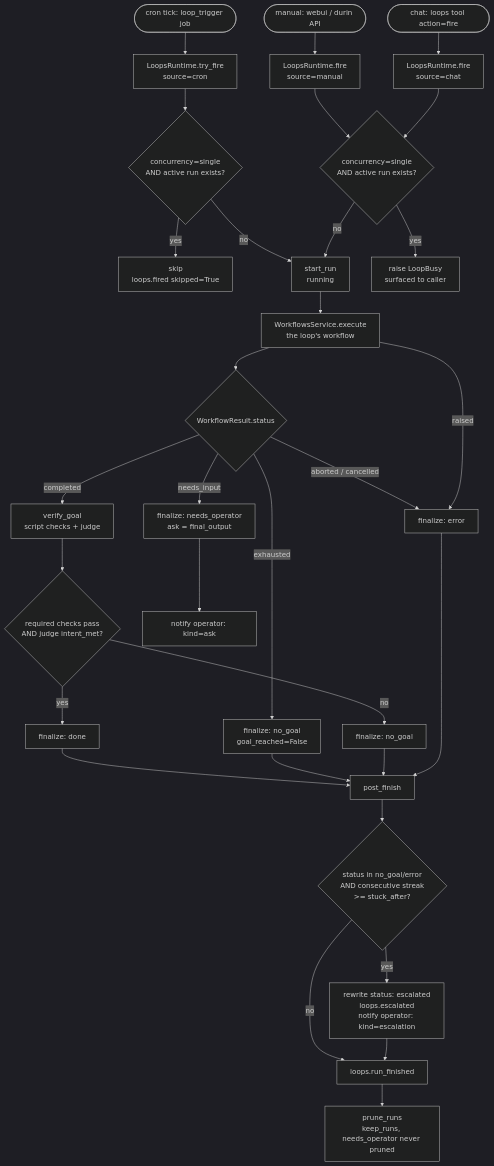
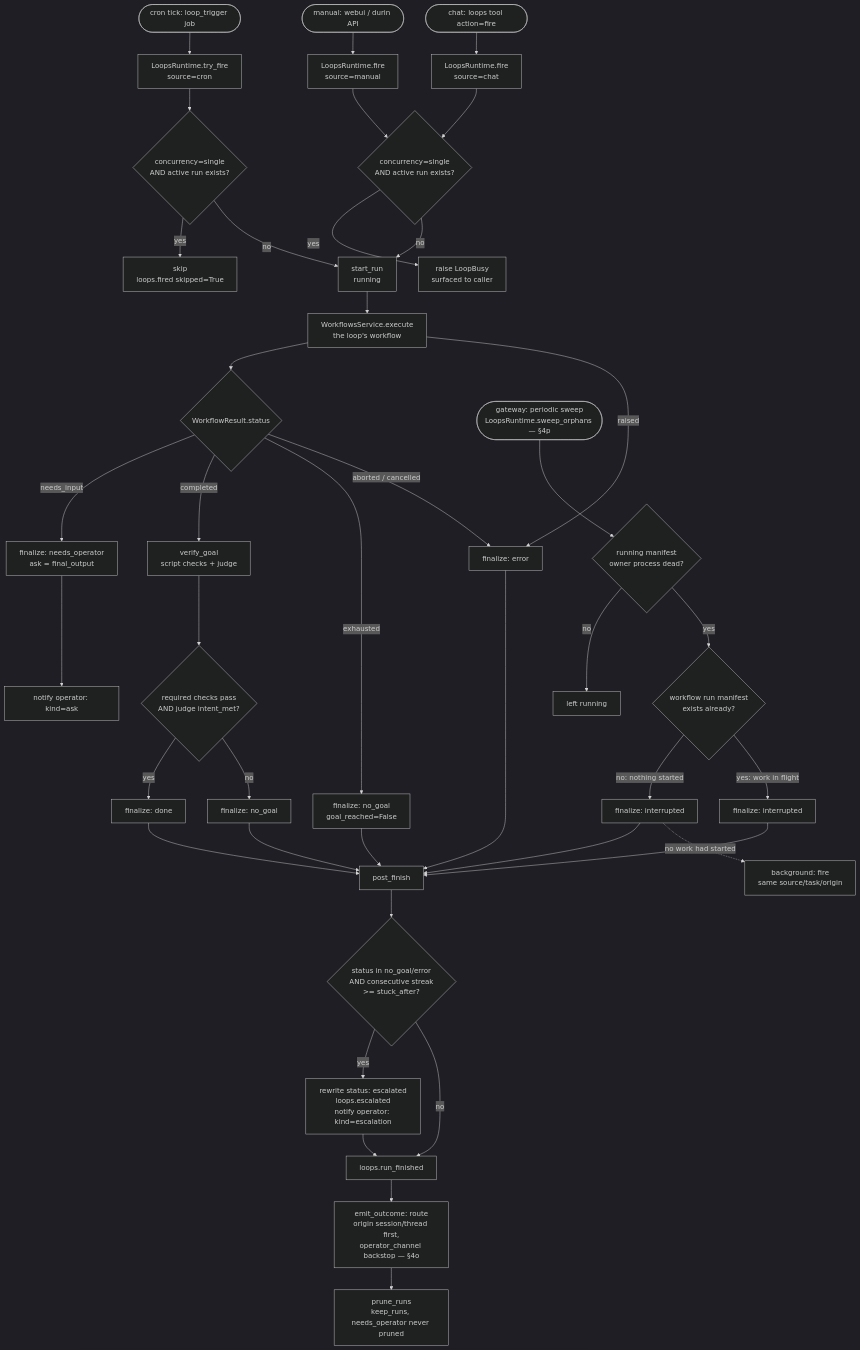
The diagram in docs/internals/loops.md (mmarmol/durin), drawn with Mermaid (dark theme) before and after one commit. The commit also changed other lines of this file and 2 other files, not shown here.

First line of the commit message:
docs(loops): document outcome routing and interrupted runs

````diff
--- a/docs/internals/loops.md
+++ b/docs/internals/loops.md
@@ -56,38 +63,48 @@
 ```mermaid
 flowchart TD
     T1([cron tick: loop_trigger job]) --> TRY[LoopsRuntime.try_fire\nsource=cron]
     T2([manual: webui / durin API]) --> FIRE[LoopsRuntime.fire\nsource=manual]
     T3([chat: loops tool action=fire]) --> FIRE2[LoopsRuntime.fire\nsource=chat]
 
     TRY --> CONC{concurrency=single\nAND active run exists?}
     CONC -->|yes| SKIP[skip\nloops.fired skipped=True]
     CONC -->|no| RUN[start_run\nrunning]
     FIRE --> CONC2{concurrency=single\nAND active run exists?}
     CONC2 -->|yes| BUSY[raise LoopBusy\nsurfaced to caller]
     CONC2 -->|no| RUN
     FIRE2 --> CONC2
     RUN --> EXEC[WorkflowsService.execute\nthe loop's workflow]
     EXEC --> RESULT{WorkflowResult.status}
 
     RESULT -->|needs_input| ASK[finalize: needs_operator\nask = final_output]
     RESULT -->|completed| VERIFY[verify_goal\nscript checks + judge]
     RESULT -->|exhausted| NOGOAL1[finalize: no_goal\ngoal_reached=False]
     RESULT -->|aborted / cancelled| ERR[finalize: error]
     EXEC -->|raised| ERR
 
     VERIFY --> REACHED{required checks pass\nAND judge intent_met?}
     REACHED -->|yes| DONE[finalize: done]
     REACHED -->|no| NOGOAL2[finalize: no_goal]
 
     ASK --> NOTIFY1[notify operator: kind=ask]
     DONE --> POST[post_finish]
     NOGOAL1 --> POST
     NOGOAL2 --> POST
     ERR --> POST
 
     POST --> STREAK{status in no_goal/error\nAND consecutive streak\n>= stuck_after?}
     STREAK -->|yes| ESC[rewrite status: escalated\nloops.escalated\nnotify operator: kind=escalation]
     STREAK -->|no| TELEM[loops.run_finished]
     ESC --> TELEM
-    TELEM --> PRUNE[prune_runs\nkeep_runs, needs_operator never pruned]
+    TELEM --> OUTCOME[emit_outcome: route\norigin session/thread first,\noperator_channel backstop — §4o]
+    OUTCOME --> PRUNE[prune_runs\nkeep_runs, needs_operator never pruned]
+
+    ORPHAN([gateway: periodic sweep\nLoopsRuntime.sweep_orphans — §4p]) --> DEAD{running manifest\nowner process dead?}
+    DEAD -->|no| LIVE[left running]
+    DEAD -->|yes| WORK{workflow run manifest\nexists already?}
+    WORK -->|no: nothing started| INT1[finalize: interrupted]
+    WORK -->|yes: work in flight| INT2[finalize: interrupted]
+    INT1 --> POST
+    INT2 --> POST
+    INT1 -.->|no work had started| RELAUNCH[background: fire\nsame source/task/origin]
 ```
````
